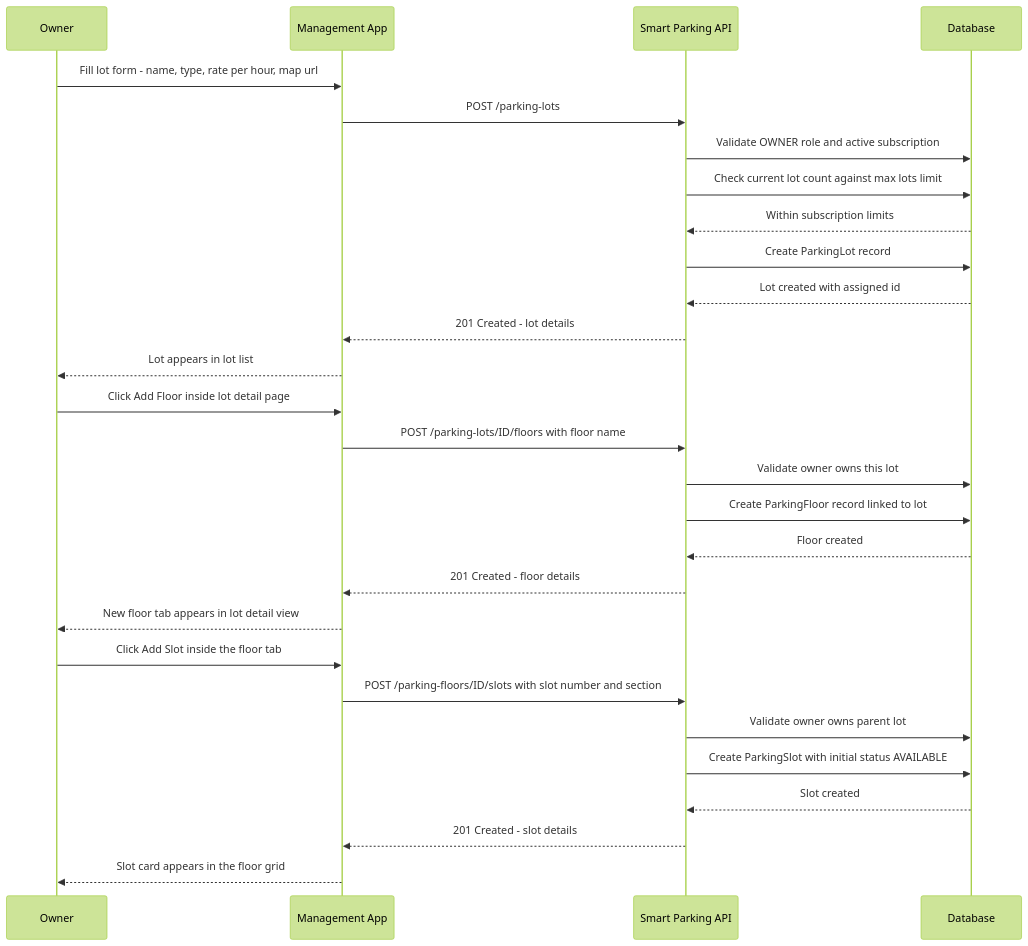
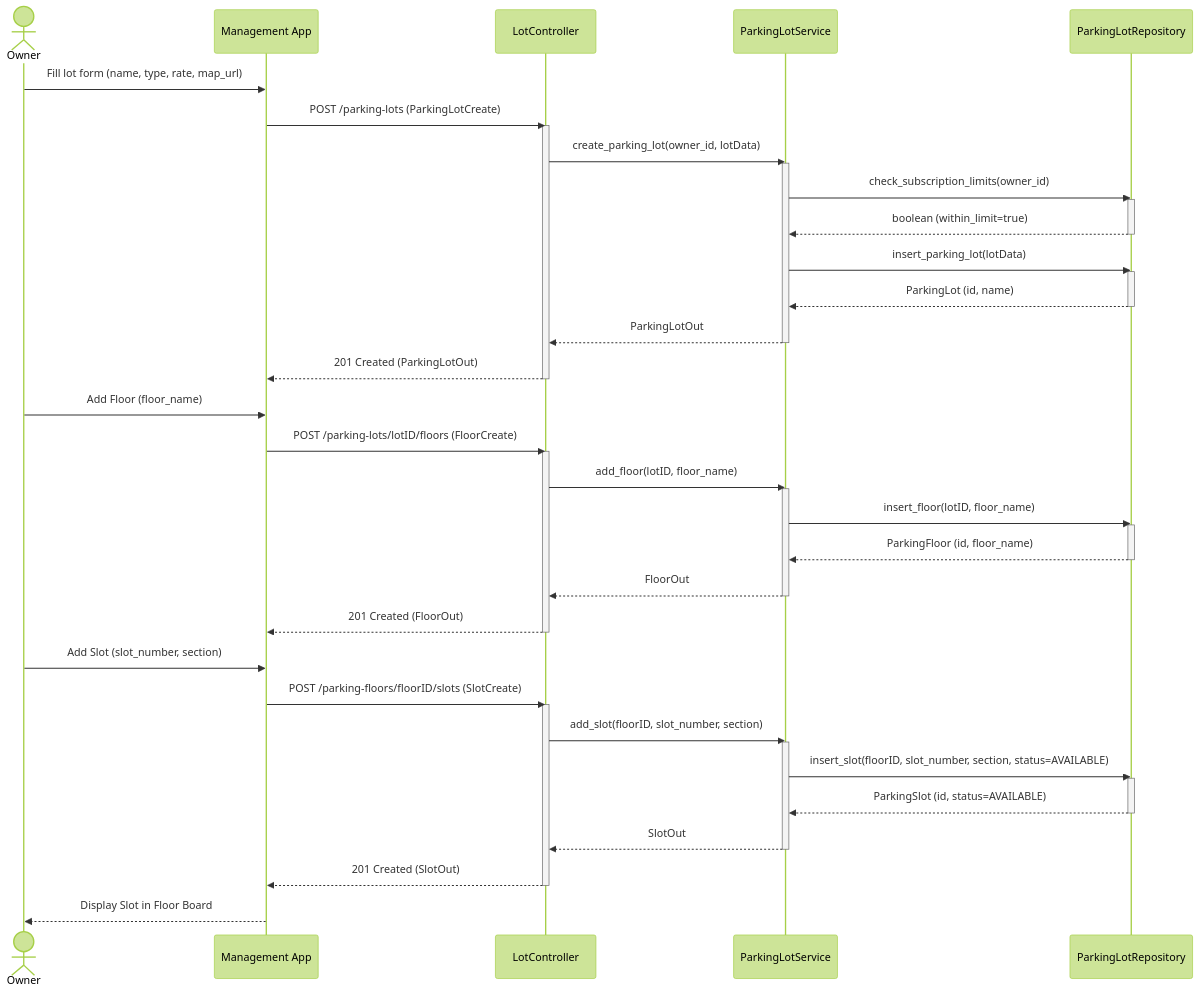
Diagram 11 of 16 in docs/Smart_Parking_Lot_System_Documentation.md (kxunsithu/smart-parking-lot-system), drawn with Mermaid (forest theme) before and after one commit. The commit also changed other lines of this file and 1 other file, not shown here.

````diff
--- a/docs/Smart_Parking_Lot_System_Documentation.md
+++ b/docs/Smart_Parking_Lot_System_Documentation.md
@@ -944,33 +1123,55 @@
 ```mermaid
 sequenceDiagram
-    participant Owner
-    participant App as Management App
-    participant API as Smart Parking API
-    participant DB as Database
+    actor Owner
+    participant UI as Management App
+    participant API as LotController
+    participant Service as ParkingLotService
+    participant DB as ParkingLotRepository
 
-    Owner->>App: Fill lot form - name, type, rate per hour, map url
-    App->>API: POST /parking-lots
-    API->>DB: Validate OWNER role and active subscription
-    API->>DB: Check current lot count against max lots limit
-    DB-->>API: Within subscription limits
-    API->>DB: Create ParkingLot record
-    DB-->>API: Lot created with assigned id
-    API-->>App: 201 Created - lot details
-    App-->>Owner: Lot appears in lot list
+    Owner->>UI: Fill lot form (name, type, rate, map_url)
+    UI->>API: POST /parking-lots (ParkingLotCreate)
+    activate API
+    API->>Service: create_parking_lot(owner_id, lotData)
+    activate Service
+    Service->>DB: check_subscription_limits(owner_id)
+    activate DB
+    DB-->>Service: boolean (within_limit=true)
+    deactivate DB
+    Service->>DB: insert_parking_lot(lotData)
+    activate DB
+    DB-->>Service: ParkingLot (id, name)
+    deactivate DB
+    Service-->>API: ParkingLotOut
+    deactivate Service
+    API-->>UI: 201 Created (ParkingLotOut)
+    deactivate API
 
-    Owner->>App: Click Add Floor inside lot detail page
-    App->>API: POST /parking-lots/ID/floors with floor name
-    API->>DB: Validate owner owns this lot
-    API->>DB: Create ParkingFloor record linked to lot
-    DB-->>API: Floor created
-    API-->>App: 201 Created - floor details
-    App-->>Owner: New floor tab appears in lot detail view
+    Owner->>UI: Add Floor (floor_name)
+    UI->>API: POST /parking-lots/lotID/floors (FloorCreate)
+    activate API
+    API->>Service: add_floor(lotID, floor_name)
+    activate Service
+    Service->>DB: insert_floor(lotID, floor_name)
+    activate DB
+    DB-->>Service: ParkingFloor (id, floor_name)
+    deactivate DB
+    Service-->>API: FloorOut
+    deactivate Service
+    API-->>UI: 201 Created (FloorOut)
+    deactivate API
 
-    Owner->>App: Click Add Slot inside the floor tab
-    App->>API: POST /parking-floors/ID/slots with slot number and section
-    API->>DB: Validate owner owns parent lot
-    API->>DB: Create ParkingSlot with initial status AVAILABLE
-    DB-->>API: Slot created
-    API-->>App: 201 Created - slot details
-    App-->>Owner: Slot card appears in the floor grid
+    Owner->>UI: Add Slot (slot_number, section)
+    UI->>API: POST /parking-floors/floorID/slots (SlotCreate)
+    activate API
+    API->>Service: add_slot(floorID, slot_number, section)
+    activate Service
+    Service->>DB: insert_slot(floorID, slot_number, section, status=AVAILABLE)
+    activate DB
+    DB-->>Service: ParkingSlot (id, status=AVAILABLE)
+    deactivate DB
+    Service-->>API: SlotOut
+    deactivate Service
+    API-->>UI: 201 Created (SlotOut)
+    deactivate API
+    UI-->>Owner: Display Slot in Floor Board
 ```
````
